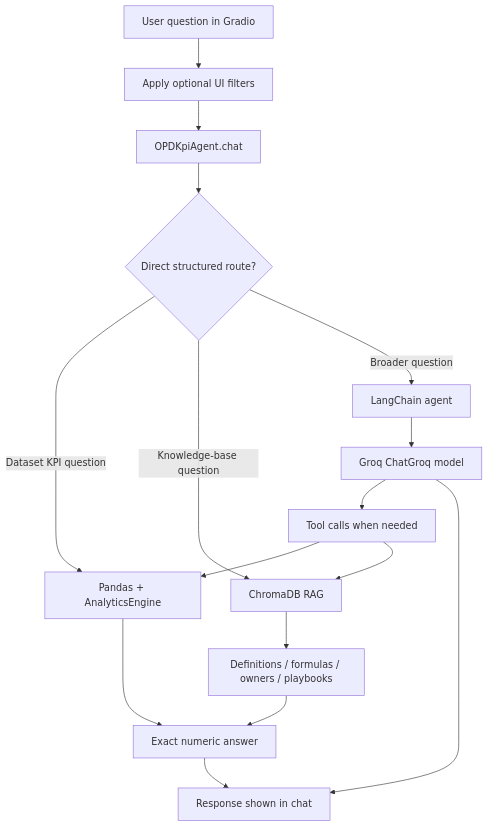
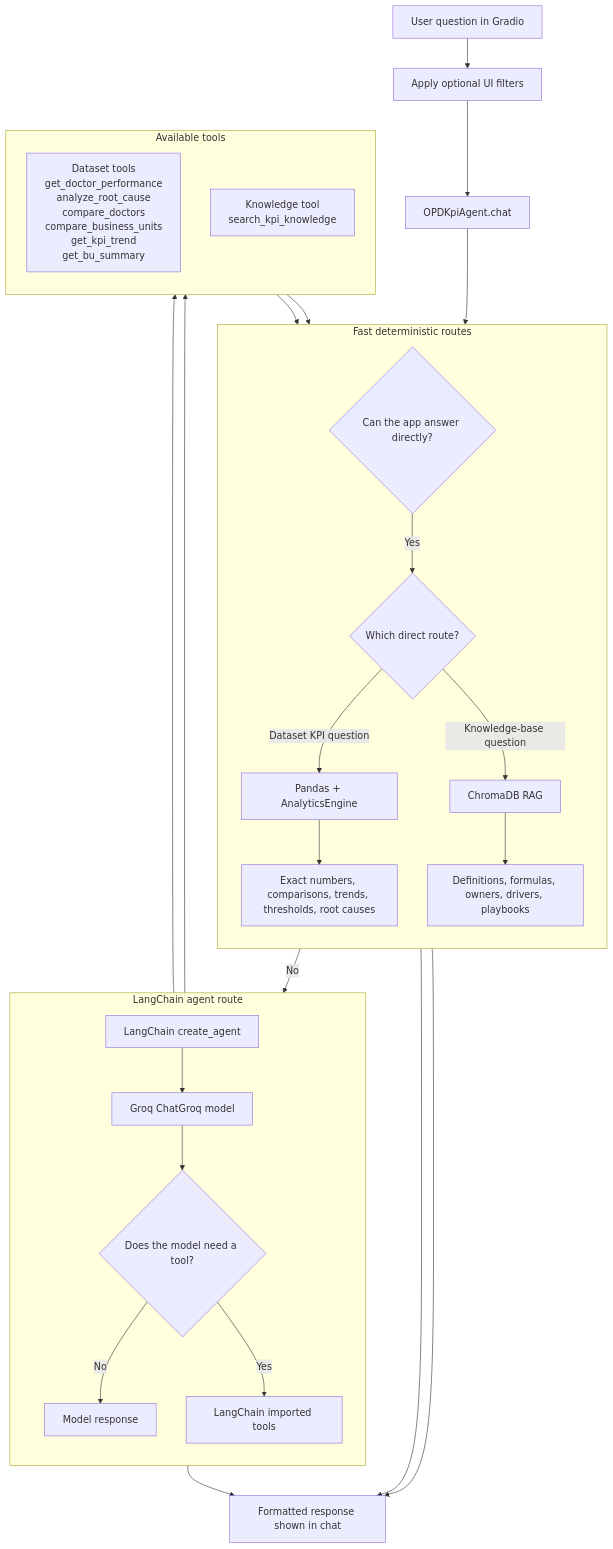
Before and after one commit to nouran25/opd-kpi-agent: the diagram in README.md, drawn with Mermaid.

Commit message:
Update application flow diagram in README

````diff
--- a/README.md
+++ b/README.md
@@ -101,22 +101,44 @@
 ```mermaid
-flowchart TD
+flowchart TB
     A["User question in Gradio"] --> B["Apply optional UI filters"]
     B --> C["OPDKpiAgent.chat"]
-    C --> D{"Direct structured route?"}
 
-    D -->|Dataset KPI question| E["Pandas + AnalyticsEngine"]
-    E --> F["Exact numeric answer"]
+    C --> D{"Can the app answer directly?"}
 
-    D -->|Knowledge-base question| G["ChromaDB RAG"]
-    G --> H["Definitions / formulas / owners / playbooks"]
-    H --> F
+    subgraph Direct["Fast deterministic routes"]
+        direction TB
+        D -->|Yes| Y{"Which direct route?"}
 
-    D -->|Broader question| I["LangChain agent"]
-    I --> J["Groq ChatGroq model"]
-    J --> K["Tool calls when needed"]
-    K --> E
-    K --> G
+        Y -->|Dataset KPI question| E["Pandas + AnalyticsEngine"]
+        E --> F["Exact numbers, comparisons, trends, thresholds, root causes"]
 
-    F --> L["Response shown in chat"]
-    J --> L
+        Y -->|Knowledge-base question| G["ChromaDB RAG"]
+        G --> H["Definitions, formulas, owners, drivers, playbooks"]
+    end
+
+    D -->|No| I["LangChain create_agent"]
+
+    subgraph Agent["LangChain agent route"]
+        direction TB
+        I --> J["Groq ChatGroq model"]
+        J --> K{"Does the model need a tool?"}
+        K -->|No| N["Model response"]
+        K -->|Yes| M["LangChain imported tools"]
+    end
+
+    subgraph Tools["Available tools"]
+        direction TB
+        TData["Dataset tools<br/>get_doctor_performance<br/>analyze_root_cause<br/>compare_doctors<br/>compare_business_units<br/>get_kpi_trend<br/>get_bu_summary"]
+        TRag["Knowledge tool<br/>search_kpi_knowledge"]
+    end
+
+    M --> TData
+    M --> TRag
+
+    TData --> E
+    TRag --> G
+
+    F --> L["Formatted response shown in chat"]
+    H --> L
+    N --> L
 ```
````
